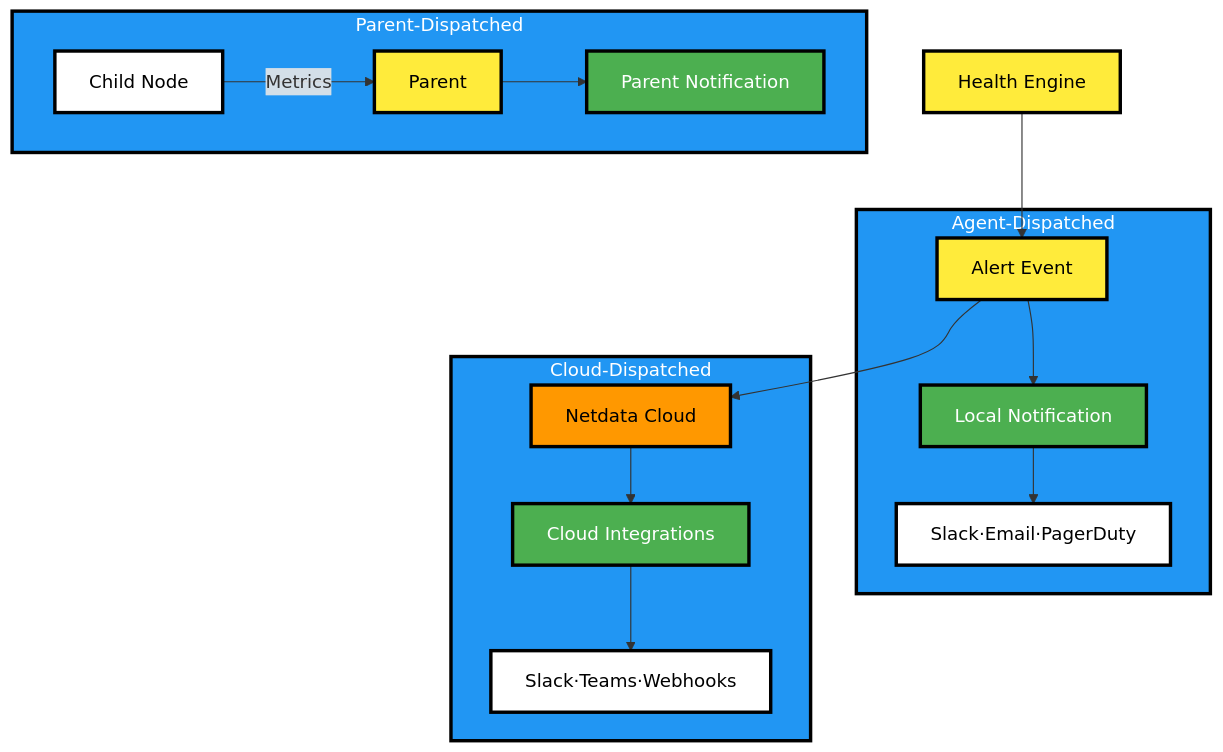
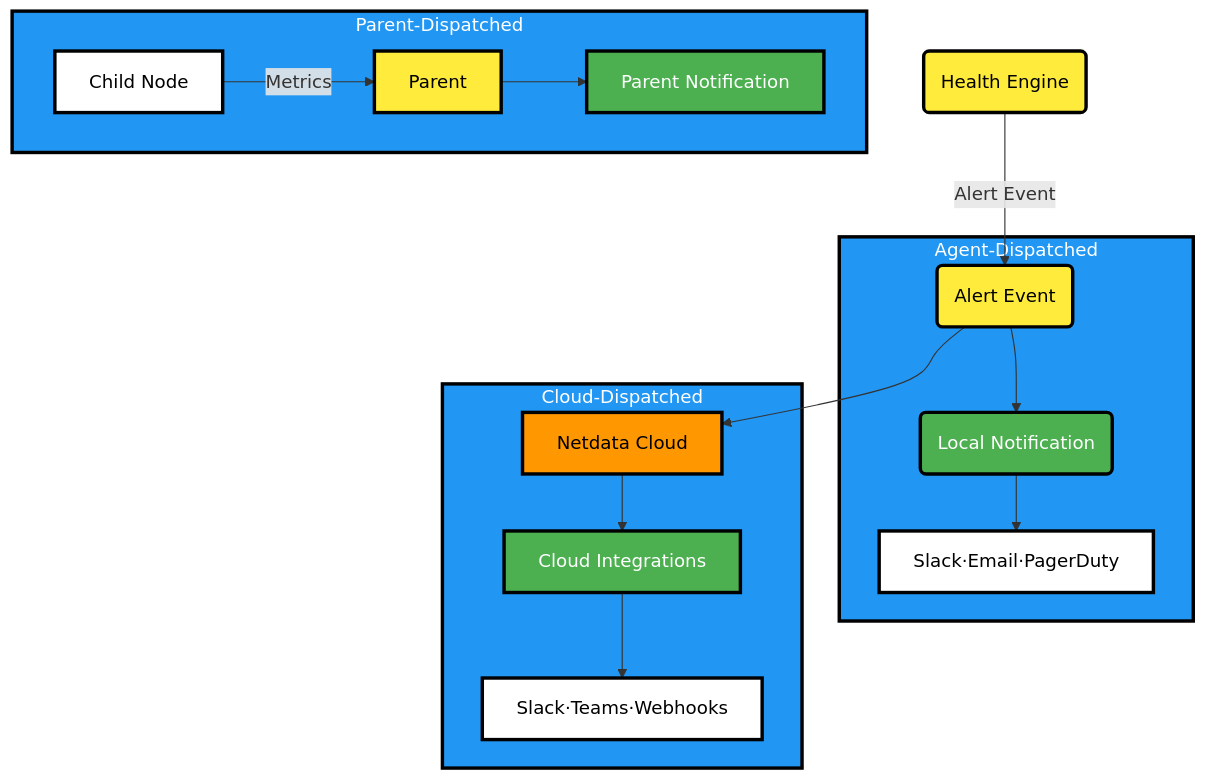
One commit to netdata/netdata changed the diagram in docs/alerts/receiving-notifications/1-notification-concepts.md. Above: the diagram before and after it, drawn with Mermaid.

Commit message:
docs: add rounded node shapes for soft edges in diagram

````diff
--- a/docs/alerts/receiving-notifications/1-notification-concepts.md
+++ b/docs/alerts/receiving-notifications/1-notification-concepts.md
@@ -7,32 +7,32 @@
 ```mermaid
 flowchart TD
-    H[Health Engine] --> E[Alert Event]
+    H(Health Engine) -->|"Alert Event"| E(Alert Event)
     
     subgraph M1["Agent-Dispatched"]
-        E --> LN[Local Notification]
+        E --> LN(Local Notification)
         LN --> DestA[Slack·Email·PagerDuty]
     end
     
     subgraph M2["Parent-Dispatched"]
         Child[Child Node] -->|"Metrics"| Parent[Parent]
         Parent --> PN[Parent Notification]
     end
     
     subgraph M3["Cloud-Dispatched"]
         E --> C[Netdata Cloud]
         C --> CI[Cloud Integrations]
         CI --> DestC[Slack·Teams·Webhooks]
     end
     
     classDef model fill:#2196F3,stroke:#000000,stroke-width:3px,color:#ffffff,font-size:16px
     classDef yellow fill:#ffeb3b,stroke:#000000,stroke-width:3px,color:#000000,font-size:16px
     classDef green fill:#4caf50,stroke:#000000,stroke-width:3px,color:#ffffff,font-size:16px
     classDef white fill:#ffffff,stroke:#000000,stroke-width:3px,color:#000000,font-size:16px
     classDef orange fill:#ff9800,stroke:#000000,stroke-width:3px,color:#000000,font-size:16px
 
     class M1,M2,M3 model
     class H,E,Parent yellow
     class LN,PN,CI green
     class DestA,DestC,Child white
     class C orange
 ```
````
